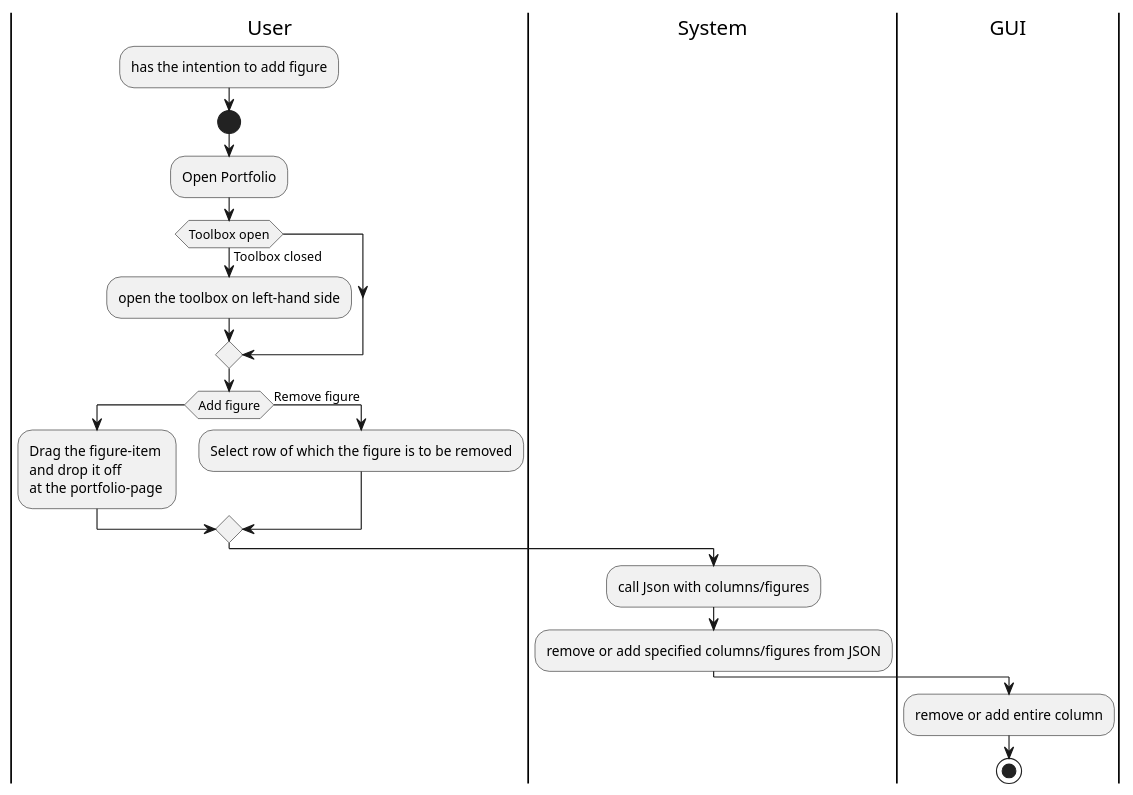
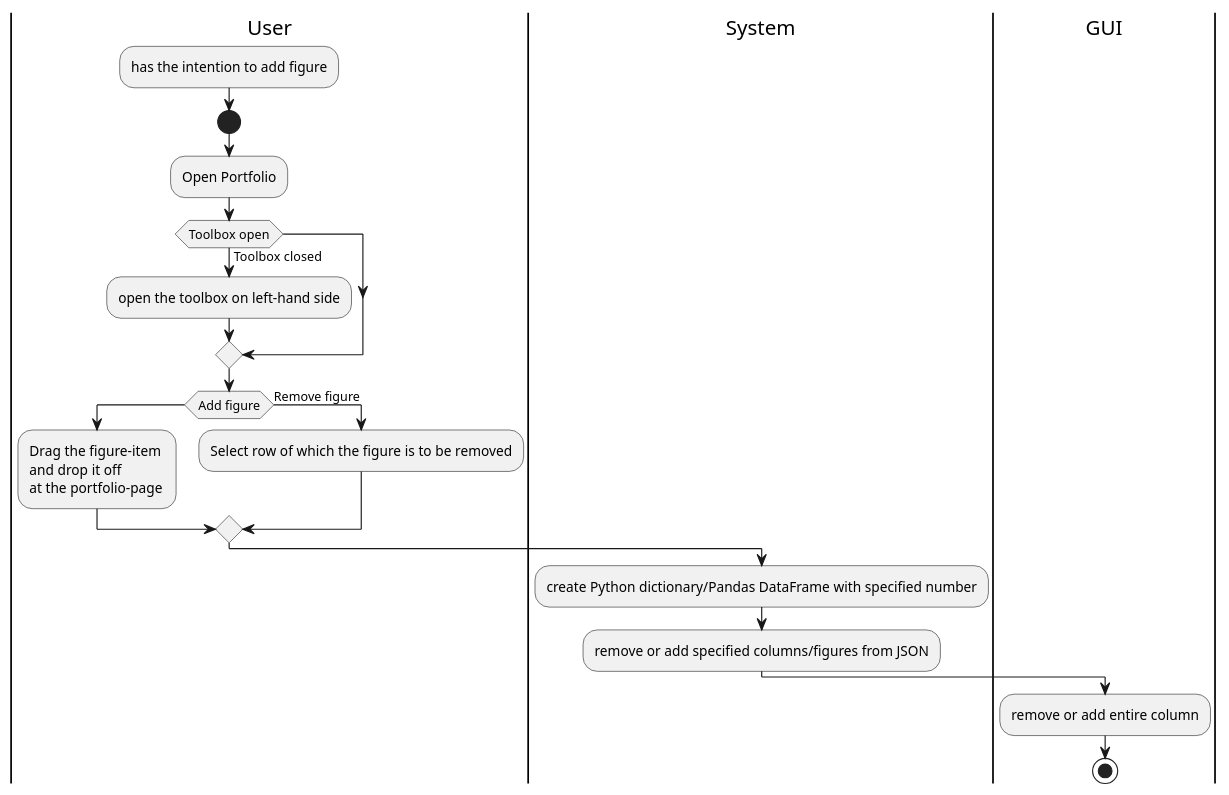
Before and after one commit to rama997project/Stats-Screening: the diagram in Django_Project/UML/AddRemovePrerenderedFigure.puml, drawn with PlantUML. The commit also changed 3 other files, not shown here.

```diff
--- a/Django_Project/UML/AddRemovePrerenderedFigure.puml
+++ b/Django_Project/UML/AddRemovePrerenderedFigure.puml
@@ -1,24 +1,24 @@
 @startuml
 |User|
 :has the intention to add figure;
 start
 :Open Portfolio;
 if (Toolbox open)
 
 else (Toolbox closed)
 :open the toolbox on left-hand side;
 endif
 
 if (Add figure)
 :Drag the figure-item \nand drop it off \nat the portfolio-page;
 else (Remove figure)
 :Select row of which the figure is to be removed;
 endif
 
 |System|
-:call Json with columns/figures;
+:create Python dictionary/Pandas DataFrame with specified number;
 :remove or add specified columns/figures from JSON;
 |GUI|
 :remove or add entire column;
 stop
 @enduml
```
